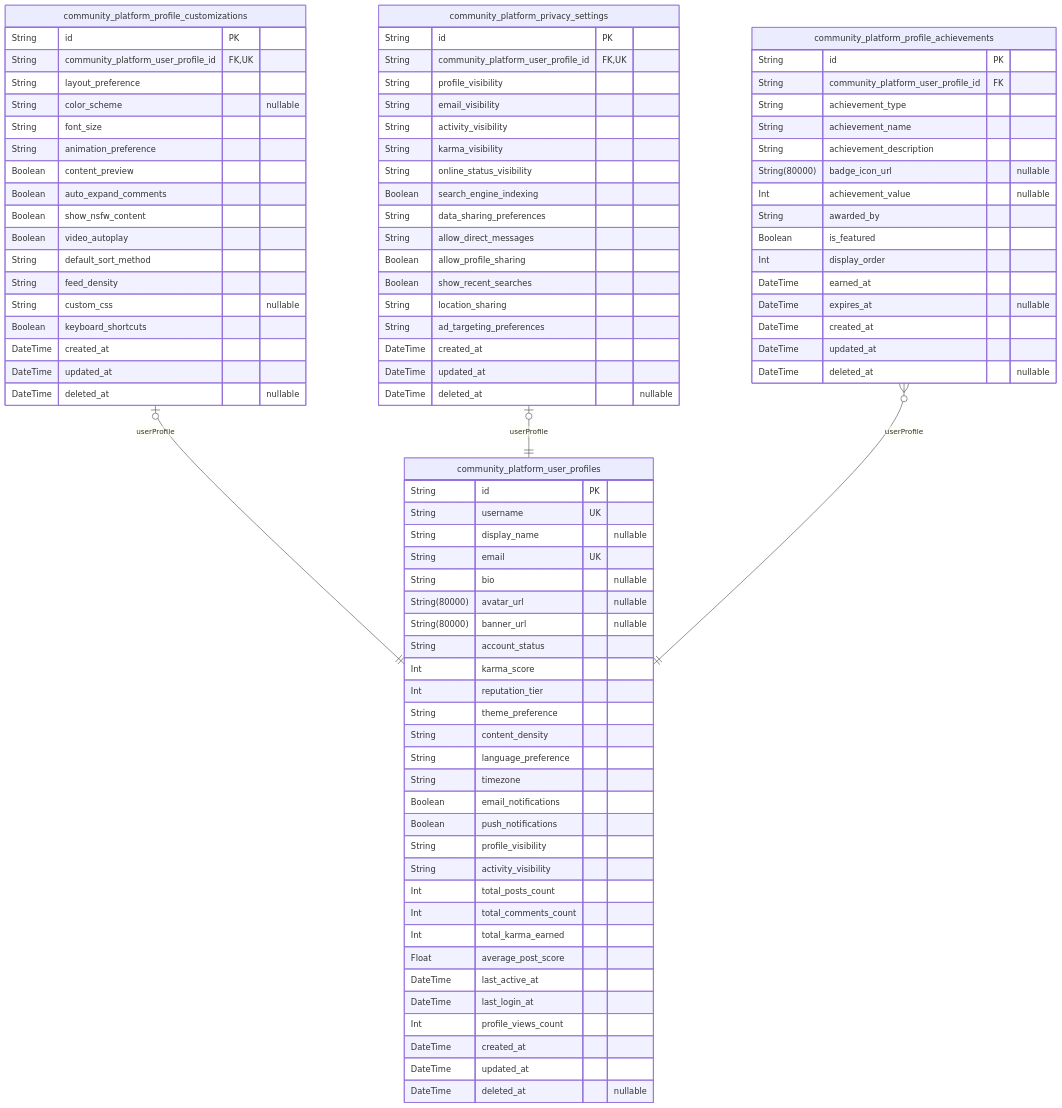
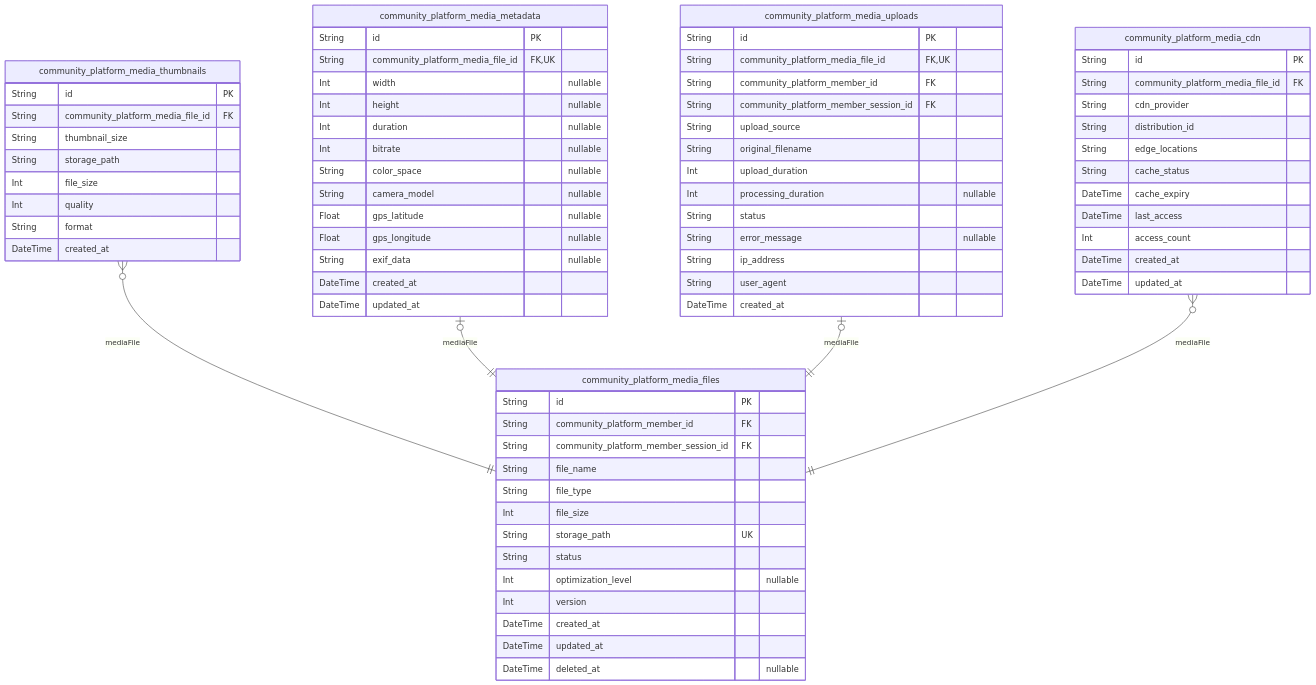
The tenth of 11 diagrams in deepseek/deepseek-v3.1-terminus-exacto/reddit/docs/ERD.md (wrtnlabs/autobe-examples), drawn with Mermaid before and after one commit. The commit also changed other lines of this file and 7173 other files, not shown here.

````diff
--- a/deepseek/deepseek-v3.1-terminus-exacto/reddit/docs/ERD.md
+++ b/deepseek/deepseek-v3.1-terminus-exacto/reddit/docs/ERD.md
@@ -2539,91 +3143,75 @@
 ```mermaid
 erDiagram
-"community_platform_user_profiles" {
+"community_platform_media_files" {
   String id PK
-  String username UK
-  String display_name "nullable"
-  String email UK
-  String bio "nullable"
-  String(80000) avatar_url "nullable"
-  String(80000) banner_url "nullable"
-  String account_status
-  Int karma_score
-  Int reputation_tier
-  String theme_preference
-  String content_density
-  String language_preference
-  String timezone
-  Boolean email_notifications
-  Boolean push_notifications
-  String profile_visibility
-  String activity_visibility
-  Int total_posts_count
-  Int total_comments_count
-  Int total_karma_earned
-  Float average_post_score
-  DateTime last_active_at
-  DateTime last_login_at
-  Int profile_views_count
+  String community_platform_member_id FK
+  String community_platform_member_session_id FK
+  String file_name
+  String file_type
+  Int file_size
+  String storage_path UK
+  String status
+  Int optimization_level "nullable"
+  Int version
   DateTime created_at
   DateTime updated_at
   DateTime deleted_at "nullable"
 }
-"community_platform_profile_customizations" {
+"community_platform_media_thumbnails" {
   String id PK
-  String community_platform_user_profile_id FK,UK
-  String layout_preference
-  String color_scheme "nullable"
-  String font_size
-  String animation_preference
-  Boolean content_preview
-  Boolean auto_expand_comments
-  Boolean show_nsfw_content
-  Boolean video_autoplay
-  String default_sort_method
-  String feed_density
-  String custom_css "nullable"
-  Boolean keyboard_shortcuts
+  String community_platform_media_file_id FK
+  String thumbnail_size
+  String storage_path
+  Int file_size
+  Int quality
+  String format
+  DateTime created_at
+}
+"community_platform_media_metadata" {
+  String id PK
+  String community_platform_media_file_id FK,UK
+  Int width "nullable"
+  Int height "nullable"
+  Int duration "nullable"
+  Int bitrate "nullable"
+  String color_space "nullable"
+  String camera_model "nullable"
+  Float gps_latitude "nullable"
+  Float gps_longitude "nullable"
+  String exif_data "nullable"
   DateTime created_at
   DateTime updated_at
-  DateTime deleted_at "nullable"
 }
-"community_platform_privacy_settings" {
+"community_platform_media_uploads" {
   String id PK
-  String community_platform_user_profile_id FK,UK
-  String profile_visibility
-  String email_visibility
-  String activity_visibility
-  String karma_visibility
-  String online_status_visibility
-  Boolean search_engine_indexing
-  String data_sharing_preferences
-  String allow_direct_messages
-  Boolean allow_profile_sharing
-  Boolean show_recent_searches
-  String location_sharing
-  String ad_targeting_preferences
+  String community_platform_media_file_id FK,UK
+  String community_platform_member_id FK
+  String community_platform_member_session_id FK
+  String upload_source
+  String original_filename
+  Int upload_duration
+  Int processing_duration "nullable"
+  String status
+  String error_message "nullable"
+  String ip_address
+  String user_agent
+  DateTime created_at
+}
+"community_platform_media_cdn" {
+  String id PK
+  String community_platform_media_file_id FK
+  String cdn_provider
+  String distribution_id
+  String edge_locations
+  String cache_status
+  DateTime cache_expiry
+  DateTime last_access
+  Int access_count
   DateTime created_at
   DateTime updated_at
-  DateTime deleted_at "nullable"
 }
-"community_platform_profile_achievements" {
-  String id PK
-  String community_platform_user_profile_id FK
-  String achievement_type
-  String achievement_name
-  String achievement_description
-  String(80000) badge_icon_url "nullable"
-  Int achievement_value "nullable"
-  String awarded_by
-  Boolean is_featured
-  Int display_order
-  DateTime earned_at
-  DateTime expires_at "nullable"
-  DateTime created_at
-  DateTime updated_at
-  DateTime deleted_at "nullable"
-}
-"community_platform_profile_customizations" |o--|| "community_platform_user_profiles" : userProfile
-"community_platform_privacy_settings" |o--|| "community_platform_user_profiles" : userProfile
-"community_platform_profile_achievements" }o--|| "community_platform_user_profiles" : userProfile
+"community_platform_media_thumbnails" }o--|| "community_platform_media_files" : mediaFile
+"community_platform_media_metadata" |o--|| "community_platform_media_files" : mediaFile
+"community_platform_media_uploads" |o--|| "community_platform_media_files" : mediaFile
+"community_platform_media_cdn" }o--|| "community_platform_media_files" : mediaFile
 ```
````
